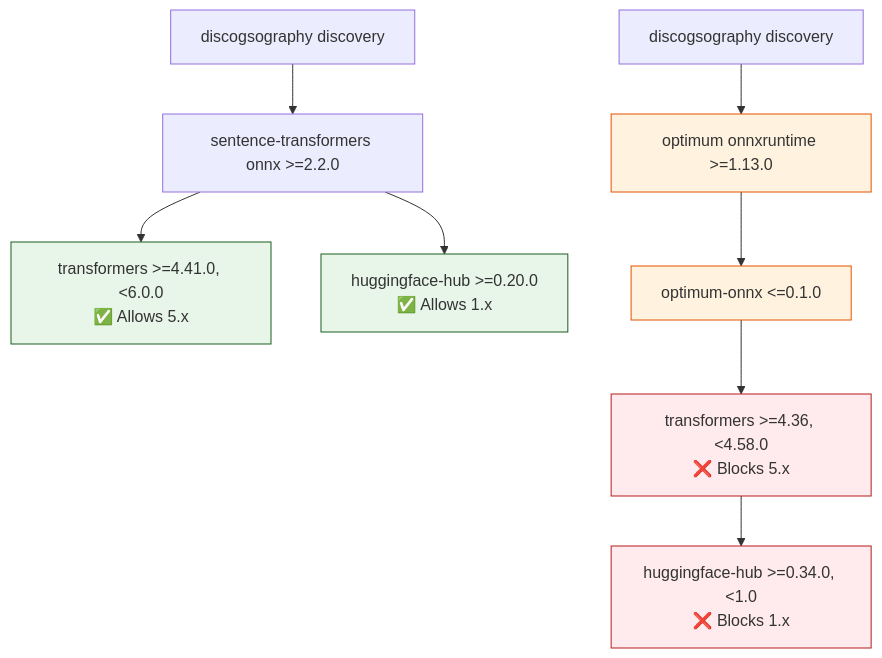
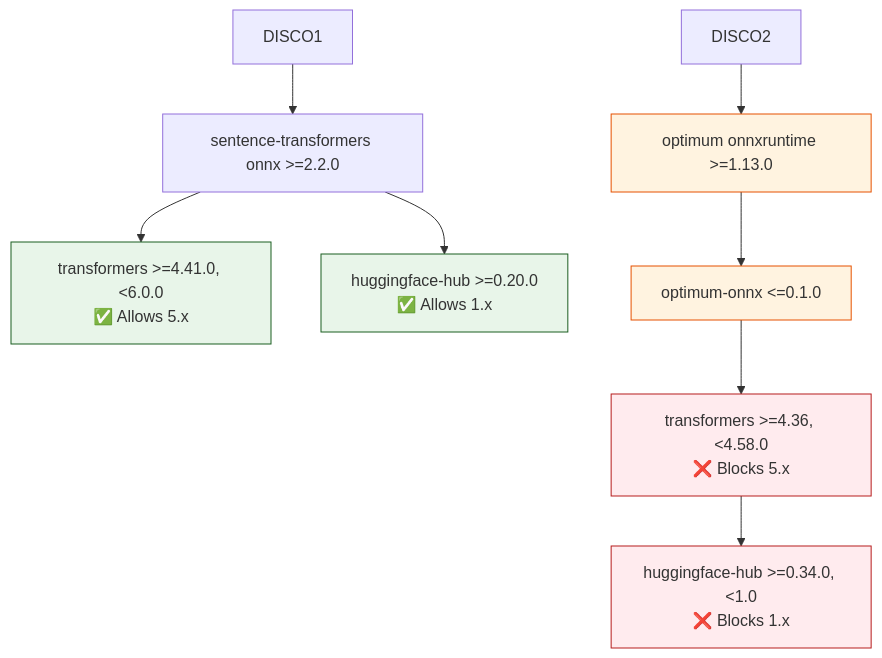
Before and after one commit to SimplicityGuy/discogsography: the diagram in docs/dependency-upgrade-summary.md, drawn with Mermaid. The commit also changed 20 other files, not shown here.

````diff
--- a/docs/dependency-upgrade-summary.md
+++ b/docs/dependency-upgrade-summary.md
@@ -142,21 +142,19 @@
 ```mermaid
 graph TD
-    DISCO1[discogsography discovery]
-    DISCO2[discogsography discovery]
 
     DISCO1 --> ST[sentence-transformers onnx >=2.2.0]
     ST --> T1[transformers >=4.41.0, <6.0.0<br/>✅ Allows 5.x]
     ST --> HF1[huggingface-hub >=0.20.0<br/>✅ Allows 1.x]
 
     DISCO2 --> OPT[optimum onnxruntime >=1.13.0]
     OPT --> OPTONNX[optimum-onnx <=0.1.0]
     OPTONNX --> T2[transformers >=4.36, <4.58.0<br/>❌ Blocks 5.x]
     T2 --> HF2[huggingface-hub >=0.34.0, <1.0<br/>❌ Blocks 1.x]
 
     style T1 fill:#e8f5e9,stroke:#1b5e20
     style HF1 fill:#e8f5e9,stroke:#1b5e20
     style T2 fill:#ffebee,stroke:#b71c1c
     style HF2 fill:#ffebee,stroke:#b71c1c
     style OPT fill:#fff3e0,stroke:#e65100
     style OPTONNX fill:#fff3e0,stroke:#e65100
 ```
````
